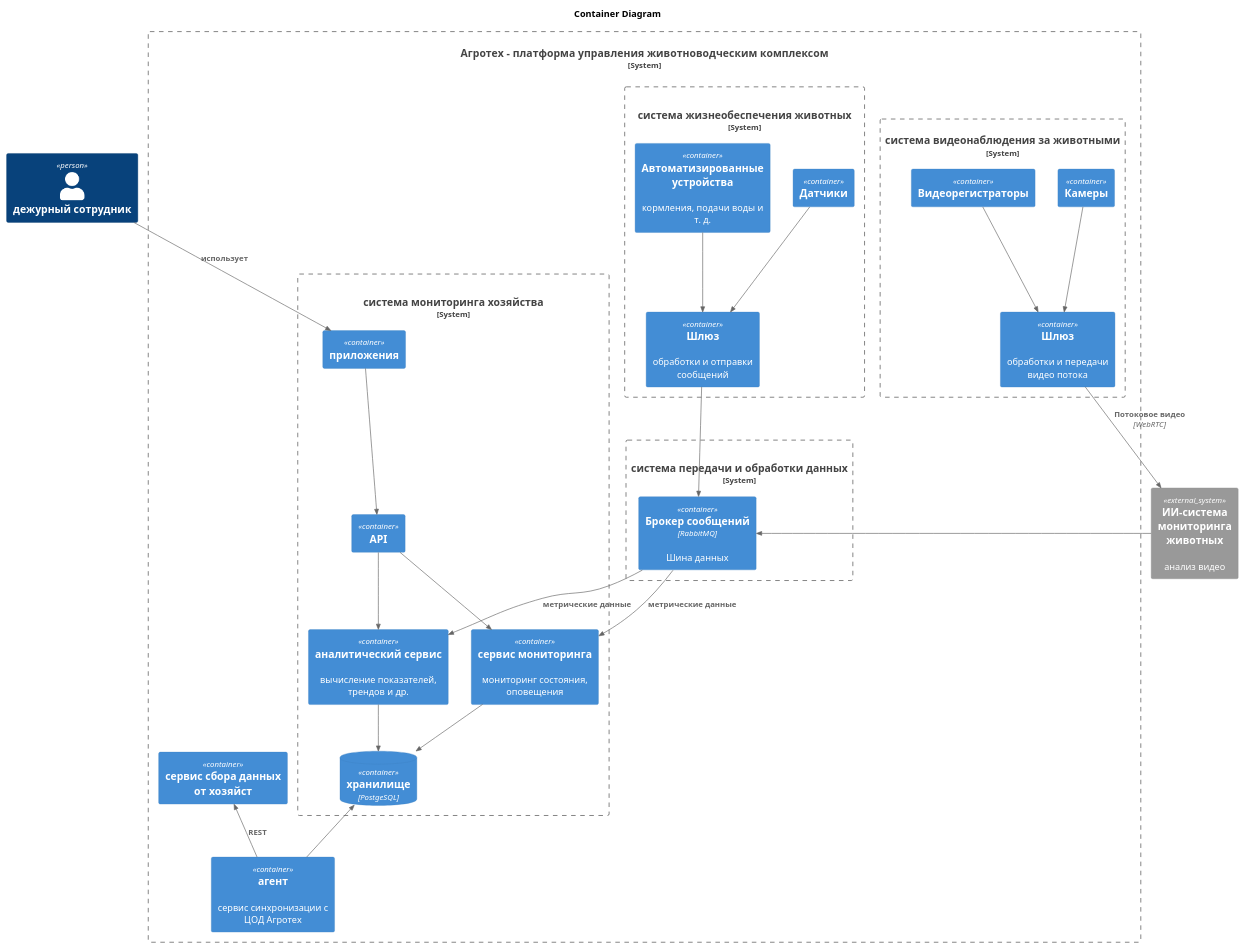
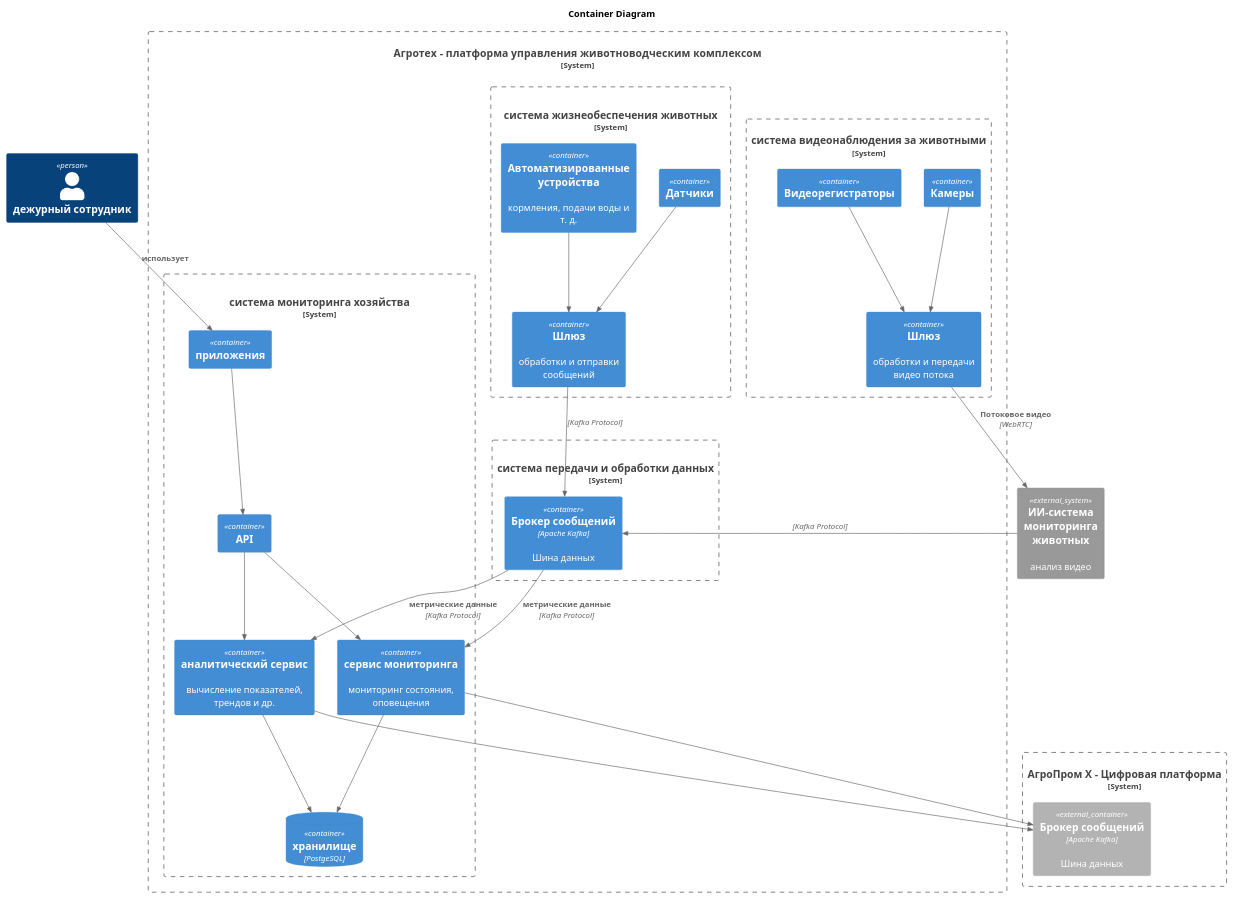
Before and after one commit to Bessolitsyn/MSA-AgroTech: the diagram in TASK2/agrotech_v2_С2.puml, drawn with PlantUML. The commit also changed 9 other files, not shown here.

```diff
--- a/TASK2/agrotech_v2_С2.puml
+++ b/TASK2/agrotech_v2_С2.puml
@@ -1,66 +1,68 @@
-@startuml агро_V1
+@startuml агро_V2_С2
 
 !include https://raw.githubusercontent.com/plantuml-stdlib/C4-PlantUML/master/C4_Container.puml
 
 ' !include C4_Context.puml
 ' !include C4_Container.puml
 ' !include C4_Component.puml
 title "Container Diagram"
 
 Person(сотрудник, "дежурный сотрудник")
 
 
 System_Boundary(платформа, "Агротех  - платформа управления животноводческим комплексом") {
 
     System_Boundary(databus, "система передачи и обработки данных", "сбор данных от технических систем, структурирование, хранение ") {        
-        Container(broker, "Брокер сообщений","RabbitMQ", "Шина данных")        
+        Container(broker, "Брокер сообщений","Apache Kafka", "Шина данных")        
         
         'Rel(broker, storage, "")
     }
     System_Boundary(животноводство,"система жизнеобеспечения животных", "Мниторинг состояния технических средств(кормушки, поилки и др)") {
         Container(sensors, "Датчики", "", "")
         Container(gateway, "Шлюз", "", "обработки и отправки сообщений")
         Container(devices, "Автоматизированные устройства ", "", "кормления, подачи воды и т. д.")        
         Rel(sensors, gateway, "")
         Rel(devices, gateway, "")
-        Rel(gateway, broker, "", "")
+        Rel(gateway, broker, "", "Kafka Protocol")
     }
     System_Boundary(видео,"система видеонаблюдения за животными", "") {
         Container(camera, "Камеры")
         Container(streaming, "Шлюз", "", "обработки и передачи видео потока")
         Container(recivers, " Видеорегистраторы")        
         Rel(camera, streaming, "")
         Rel(recivers, streaming, "")
         
     }
     System_Boundary(цуп, "система мониторинга хозяйства", "управление,  мониторинг, анализ, оповещение, отчетность") {
         Container(api, "API")
         Container(app, "приложения")
         Container(bi, "аналитический сервис", "", "вычисление показателей, трендов и др.")
         Container(supervisor, "сервис мониторинга", "", "мониторинг состояния, оповещения")
         ContainerDb(storage, "xранилище","PostgeSQL", "")
         Rel(app, api, "")
-        Rel(broker, bi, "метрические данные", "")
-        Rel(broker, supervisor, "метрические данные", "")
+        Rel(broker, bi, "метрические данные", "Kafka Protocol")
+        Rel(broker, supervisor, "метрические данные", "Kafka Protocol")
         Rel(bi, storage, "")
         Rel(supervisor, storage, "")
         Rel(api, bi, "")
         Rel(api, supervisor, "")
 
         
     }
-    Container(agent, "агент", "", "сервис синхронизации с ЦОД Агротех")
-    Container(collector, "сервис сбора данных от хозяйст")
-    Rel_U(agent, collector, "REST")
-    Rel_U(agent, storage, "")        
+}
 
+System_Boundary(платформаX, "АгроПром Х - Цифровая платформа",""){
+        Container_Ext(kafka, "Брокер сообщений", "Apache Kafka", "Шина данных")
+        Rel(bi, kafka, "")
+        Rel(supervisor, kafka, "")
 }
+
 System_Ext(ai, "ИИ-система мониторинга животных", "анализ видео") 
 Rel(streaming, ai, "Потоковое видео","WebRTC")        
-Rel(ai, broker, "", "")  
+Rel(ai, broker, "", "Kafka Protocol")  
 Rel(сотрудник, app, "использует")   
    
 
 
 
 @enduml
```
